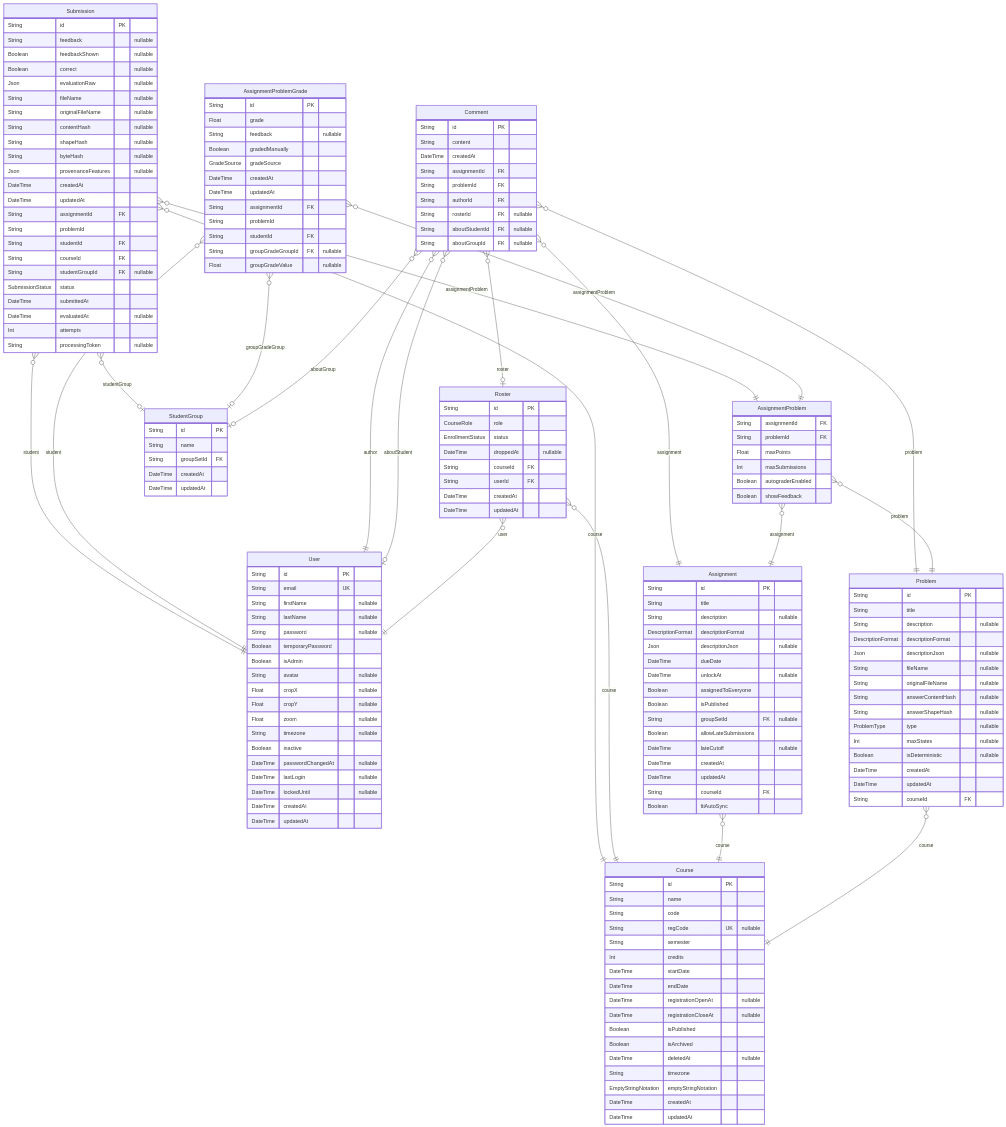
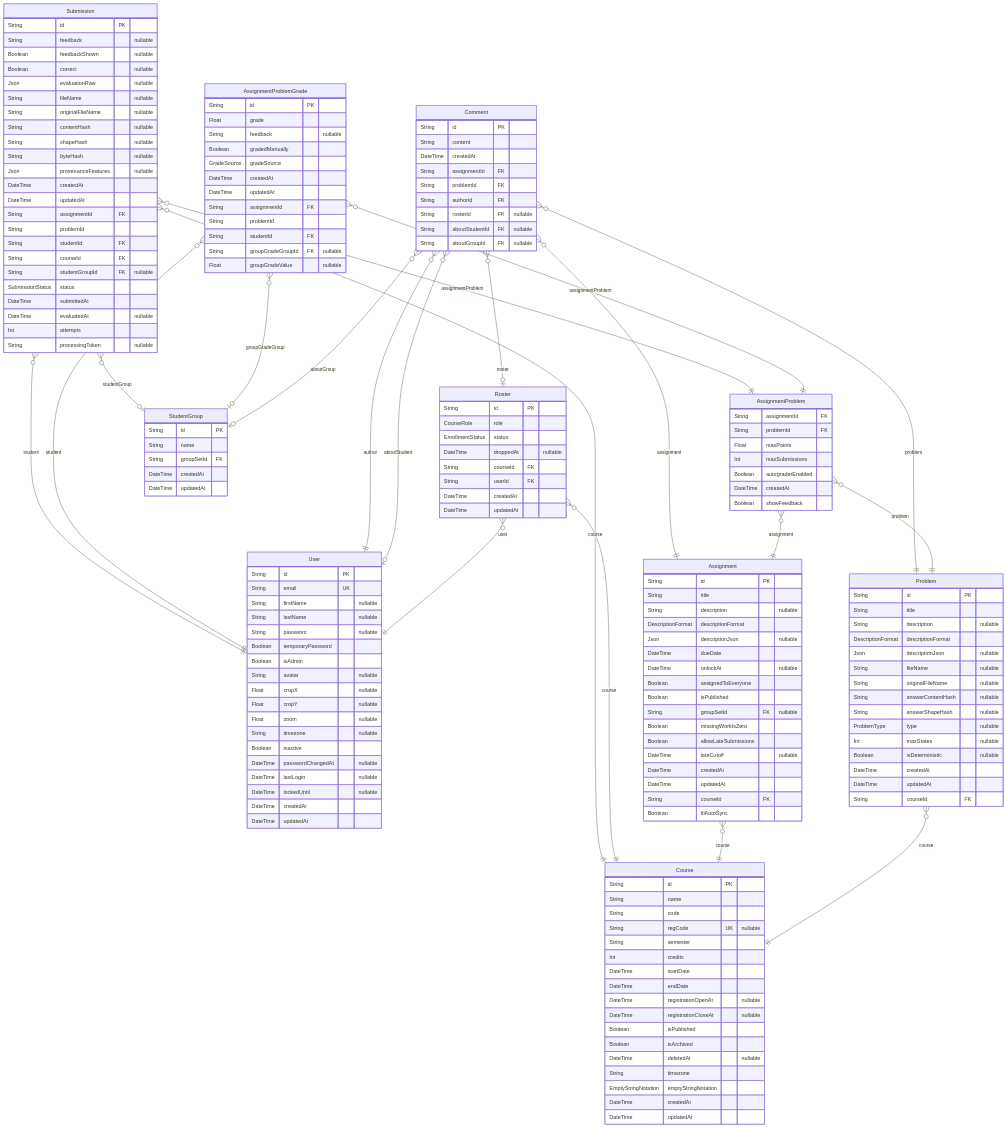
One commit to PennStateCS/AFCT changed the fifth of 6 diagrams in docs-site/docs/reference/database-schema.md. Above: the diagram before and after it, drawn with Mermaid. The commit also changed other lines of this file and 24 other files, not shown here.

First line of the commit message:
Score missing work as zero, and fix what the Average measures (#778)

```diff
--- a/docs-site/docs/reference/database-schema.md
+++ b/docs-site/docs/reference/database-schema.md
@@ -1340,6 +1361,7 @@
   Boolean assignedToEveryone
   Boolean isPublished
   String groupSetId FK "nullable"
+  Boolean missingWorkIsZero
   Boolean allowLateSubmissions
   DateTime lateCutoff "nullable"
   DateTime createdAt
@@ -1370,6 +1392,7 @@
   Float maxPoints
   Int maxSubmissions
   Boolean autograderEnabled
+  DateTime createdAt
   Boolean showFeedback
 }
 "StudentGroup" {
```
